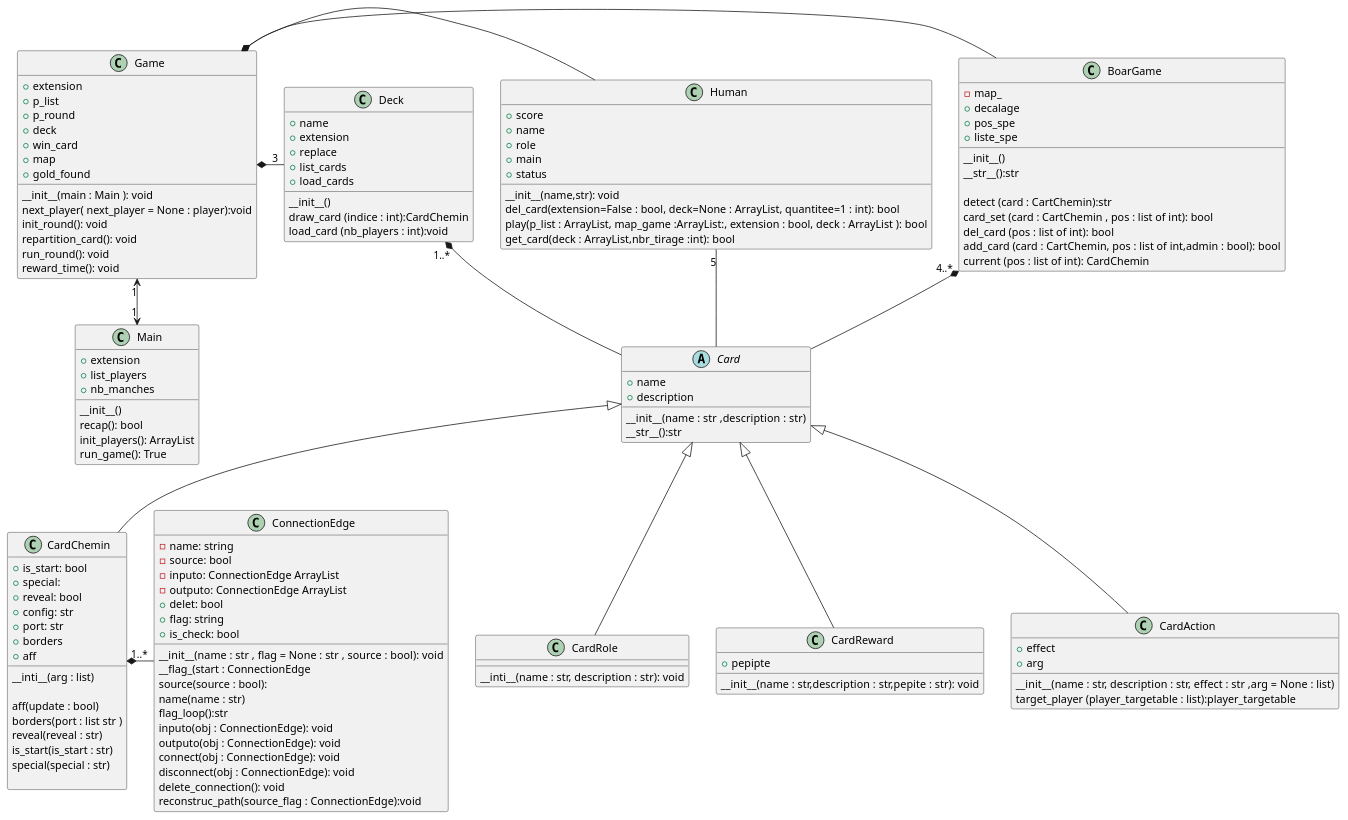
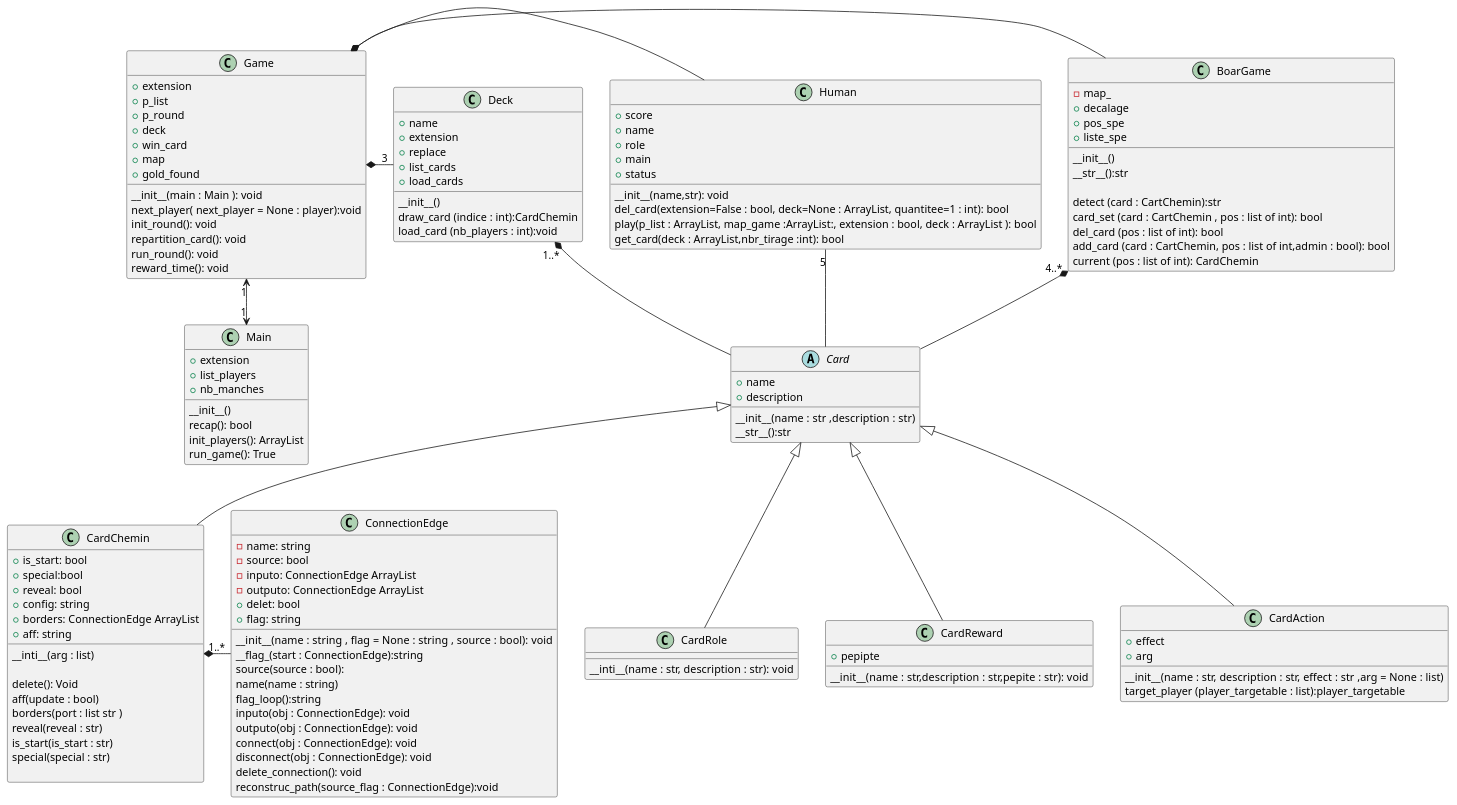
One commit to CocoLng/Kathon changed the diagram in Saboteur.puml. Above: the diagram before and after it, drawn with PlantUML. The commit also changed 2 other files, not shown here.

Commit message:
hello card for uml

```diff
--- a/Saboteur.puml
+++ b/Saboteur.puml
@@ -1,163 +1,162 @@
 @startuml
 'https://plantuml.com/class-diagram
 class Main {
 +extension
 +list_players
 +nb_manches
 __
 __init__()
 recap(): bool
 init_players(): ArrayList
 run_game(): True
 }
 
 Game "1" <-->  "1" Main
 
 class Game{
 +extension
 +p_list
 +p_round
 +deck
 +win_card
 +map
 +gold_found
 __
 __init__(main : Main ): void
 next_player( next_player = None : player):void
 init_round(): void
 repartition_card(): void
 run_round(): void
 reward_time(): void
 }
 
 Game *- BoarGame
 Game *- Human
 Game *- "3" Deck
 
 
 
 class BoarGame{
 -map_
 +decalage
 +pos_spe
 +liste_spe
 __
 __init__()
 __str__():str
 
 detect (card : CartChemin):str
 card_set (card : CartChemin , pos : list of int): bool
 del_card (pos : list of int): bool
 add_card (card : CartChemin, pos : list of int,admin : bool): bool
 current (pos : list of int): CardChemin
 }
 BoarGame "4..*" *-- Card
 
 class Human{
 +score
 +name
 +role
 +main
 +status
 __
 __init__(name,str): void
 del_card(extension=False : bool, deck=None : ArrayList, quantitee=1 : int): bool
 play(p_list : ArrayList, map_game :ArrayList:, extension : bool, deck : ArrayList ): bool
 get_card(deck : ArrayList,nbr_tirage :int): bool
 }
 Human"5" -- Card
 
 
 class Deck{
 +name
 +extension
 +replace
 +list_cards
 +load_cards
 __
 __init__()
 draw_card (indice : int):CardChemin
 load_card (nb_players : int):void
 }
 Deck "1..*" *-- Card
 
 
 
 abstract class Card{
 +name
 +description
 __
 __init__(name :  str ,description : str)
 __str__():str
 }
 
 Card <|-- CardChemin
 Card <|-- CardRole
 Card <|-- CardReward
 Card <|-- CardAction
 
 class CardRole{
 __
 __inti__(name : str, description : str): void
 }
 
 class CardReward{
 +pepipte
 __
 __init__(name : str,description : str,pepite : str): void
 }
 
 class CardAction{
 +effect
 +arg
 __
 __init__(name : str, description : str, effect : str ,arg = None : list)
 target_player (player_targetable : list):player_targetable
 }
 
 
 
 class CardChemin{
 +is_start: bool
-+special:
++special:bool
 +reveal: bool
-+config: str
-+port: str
-+borders
-+aff
++config: string
++borders: ConnectionEdge ArrayList
++aff: string
 __
 __inti__(arg : list)
 
+delete(): Void
 aff(update : bool)
 borders(port : list str )
 reveal(reveal : str)
 is_start(is_start : str)
 special(special : str)
 
 }
 CardChemin"1..*" *- ConnectionEdge
 
 
 
 class ConnectionEdge{
 -name: string
 -source: bool
 -inputo: ConnectionEdge ArrayList
 -outputo: ConnectionEdge ArrayList
 +delet: bool
 +flag: string
-+is_check: bool
 __
-__init__(name :  str , flag = None : str , source : bool): void
-__flag_(start : ConnectionEdge
+__init__(name :  string , flag = None : string , source : bool): void
+__flag_(start : ConnectionEdge):string
 source(source : bool):
-name(name : str)
-flag_loop():str
+name(name : string)
+flag_loop():string
 inputo(obj : ConnectionEdge): void
 outputo(obj : ConnectionEdge): void
 connect(obj : ConnectionEdge): void
 disconnect(obj : ConnectionEdge): void
 delete_connection(): void
 reconstruc_path(source_flag : ConnectionEdge):void
 }
 @enduml
```
